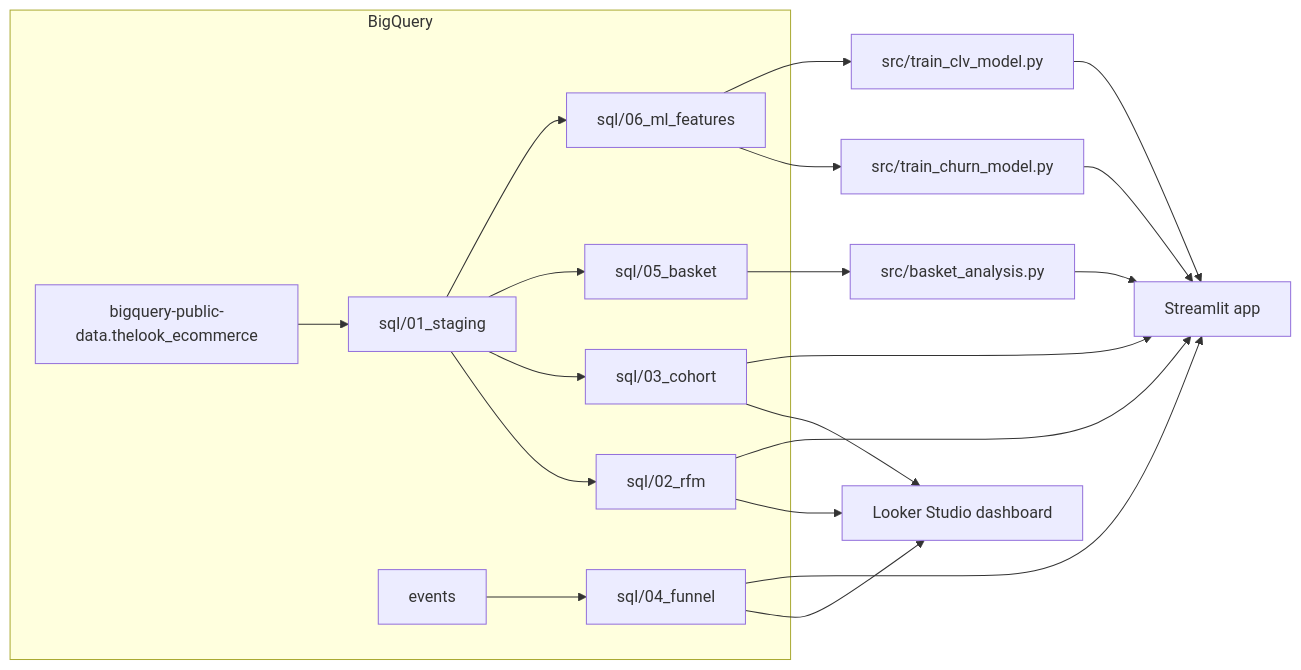
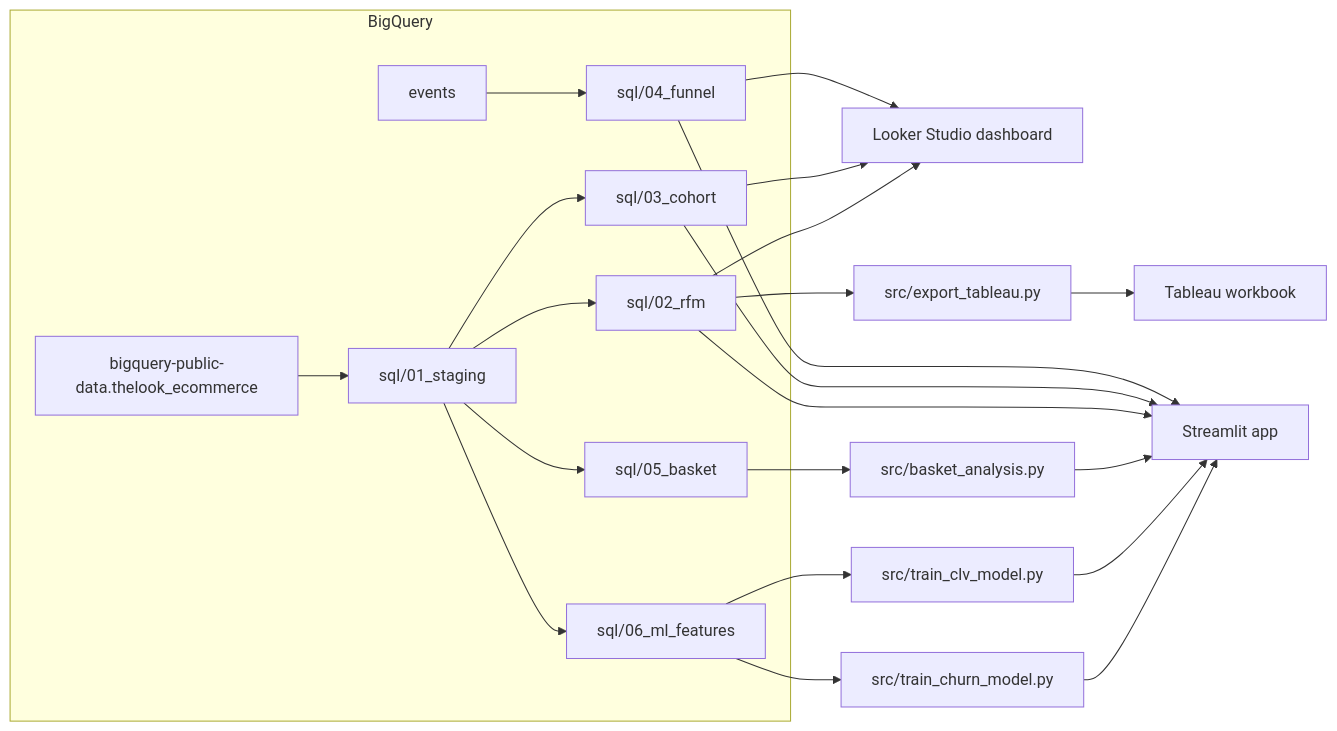
The diagram in README.md (taolele66/thelook-ecommerce-analytics), drawn with Mermaid before and after one commit. The commit also changed other lines of this file and 7 other files, not shown here.

First line of the commit message:
Add Tableau layer: CSV exports + build guide for 4 charts

````diff
--- a/README.md
+++ b/README.md
@@ -15,23 +15,24 @@
 ```mermaid
 flowchart LR
     subgraph BigQuery
         A[bigquery-public-data.thelook_ecommerce] --> B[sql/01_staging]
         B --> C[sql/02_rfm]
         B --> D[sql/03_cohort]
         B --> F[sql/05_basket]
         E[events] --> G[sql/04_funnel]
         B --> H[sql/06_ml_features]
     end
     C --> L[Looker Studio dashboard]
     D --> L
     G --> L
     H --> M[src/train_churn_model.py]
     H --> N[src/train_clv_model.py]
     F --> O[src/basket_analysis.py]
     M --> S[Streamlit app]
     N --> S
     O --> S
     C --> S
     D --> S
     G --> S
+    C --> T[src/export_tableau.py] --> U[Tableau workbook]
 ```
````
